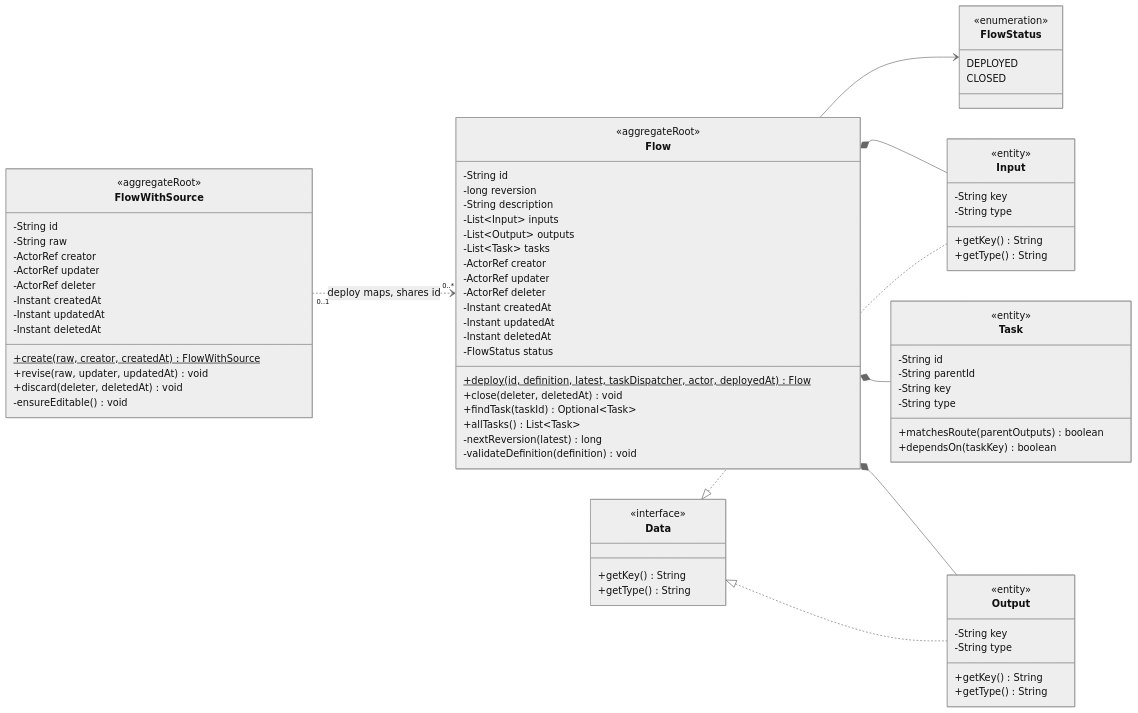
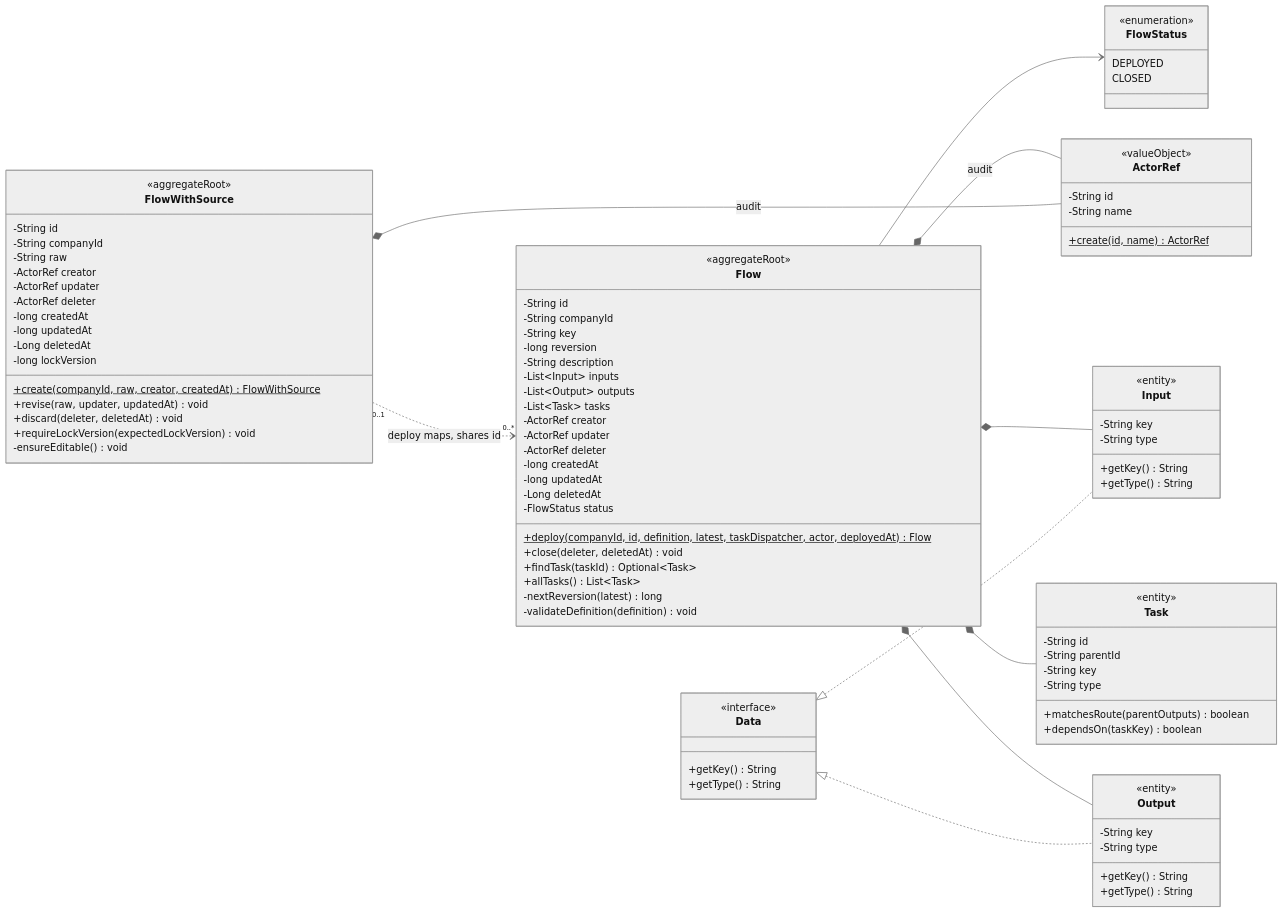
One commit to Eiddy5/flow changed the diagram in docs/standards/flow-definition-lifecycle.md. Above: the diagram before and after it, drawn with Mermaid (neutral theme). The commit also changed other lines of this file and 84 other files, not shown here.

```diff
--- a/docs/standards/flow-definition-lifecycle.md
+++ b/docs/standards/flow-definition-lifecycle.md
@@ -27,22 +30,27 @@
 class FlowWithSource {
     <<aggregateRoot>>
     -String id
+    -String companyId
     -String raw
     -ActorRef creator
     -ActorRef updater
     -ActorRef deleter
-    -Instant createdAt
-    -Instant updatedAt
-    -Instant deletedAt
-    +create(raw, creator, createdAt) FlowWithSource$
+    -long createdAt
+    -long updatedAt
+    -Long deletedAt
+    -long lockVersion
+    +create(companyId, raw, creator, createdAt) FlowWithSource$
     +revise(raw, updater, updatedAt) void
     +discard(deleter, deletedAt) void
+    +requireLockVersion(expectedLockVersion) void
     -ensureEditable() void
 }
 
 class Flow {
     <<aggregateRoot>>
     -String id
+    -String companyId
+    -String key
     -long reversion
     -String description
     -List~Input~ inputs
@@ -51,16 +59,23 @@
     -ActorRef creator
     -ActorRef updater
     -ActorRef deleter
-    -Instant createdAt
-    -Instant updatedAt
-    -Instant deletedAt
+    -long createdAt
+    -long updatedAt
+    -Long deletedAt
     -FlowStatus status
-    +deploy(id, definition, latest, taskDispatcher, actor, deployedAt) Flow$
+    +deploy(companyId, id, definition, latest, taskDispatcher, actor, deployedAt) Flow$
     +close(deleter, deletedAt) void
     +findTask(taskId) Optional~Task~
     +allTasks() List~Task~
     -nextReversion(latest) long
     -validateDefinition(definition) void
+}
+
+class ActorRef {
+    <<valueObject>>
+    -String id
+    -String name
+    +create(id, name) ActorRef$
 }
 
 class FlowStatus {
@@ -102,6 +117,8 @@
 }
 
 FlowWithSource "0..1" ..> "0..*" Flow : deploy maps, shares id
+FlowWithSource *-- ActorRef : audit
+Flow *-- ActorRef : audit
 Flow --> FlowStatus
 Data <|.. Input
 Data <|.. Output
```
